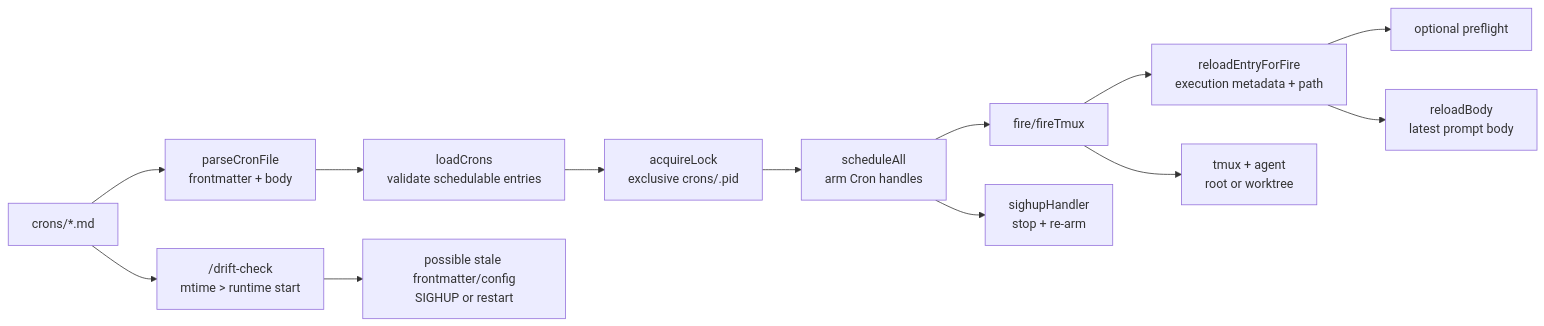
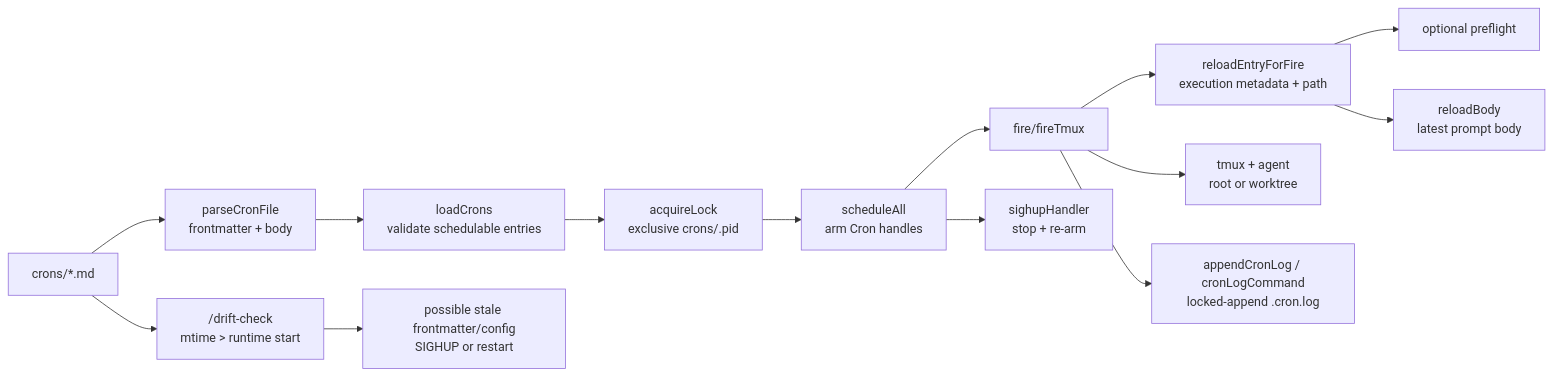
Before and after one commit to mifunedev/openharness: the diagram in wiki/cron-runtime.md, drawn with Mermaid. The commit also changed other lines of this file and 12 other files, not shown here.

````diff
--- a/wiki/cron-runtime.md
+++ b/wiki/cron-runtime.md
@@ -46,15 +49,16 @@
 ```mermaid
 flowchart LR
   File["crons/*.md"] --> Parse["parseCronFile<br/>frontmatter + body"]
   Parse --> Load["loadCrons<br/>validate schedulable entries"]
   Load --> Lock["acquireLock<br/>exclusive crons/.pid"]
   Lock --> Arm["scheduleAll<br/>arm Cron handles"]
   Arm --> Fire["fire/fireTmux"]
   Fire --> Meta["reloadEntryForFire<br/>execution metadata + path"]
   Meta --> Preflight["optional preflight"]
   Meta --> Body["reloadBody<br/>latest prompt body"]
   Fire --> Tmux["tmux + agent<br/>root or worktree"]
+  Fire --> Log["appendCronLog / cronLogCommand<br/>locked-append .cron.log"]
   File --> Drift["/drift-check<br/>mtime > runtime start"]
   Drift --> Warn["possible stale frontmatter/config<br/>SIGHUP or restart"]
   Arm --> SIGHUP["sighupHandler<br/>stop + re-arm"]
 ```
````
